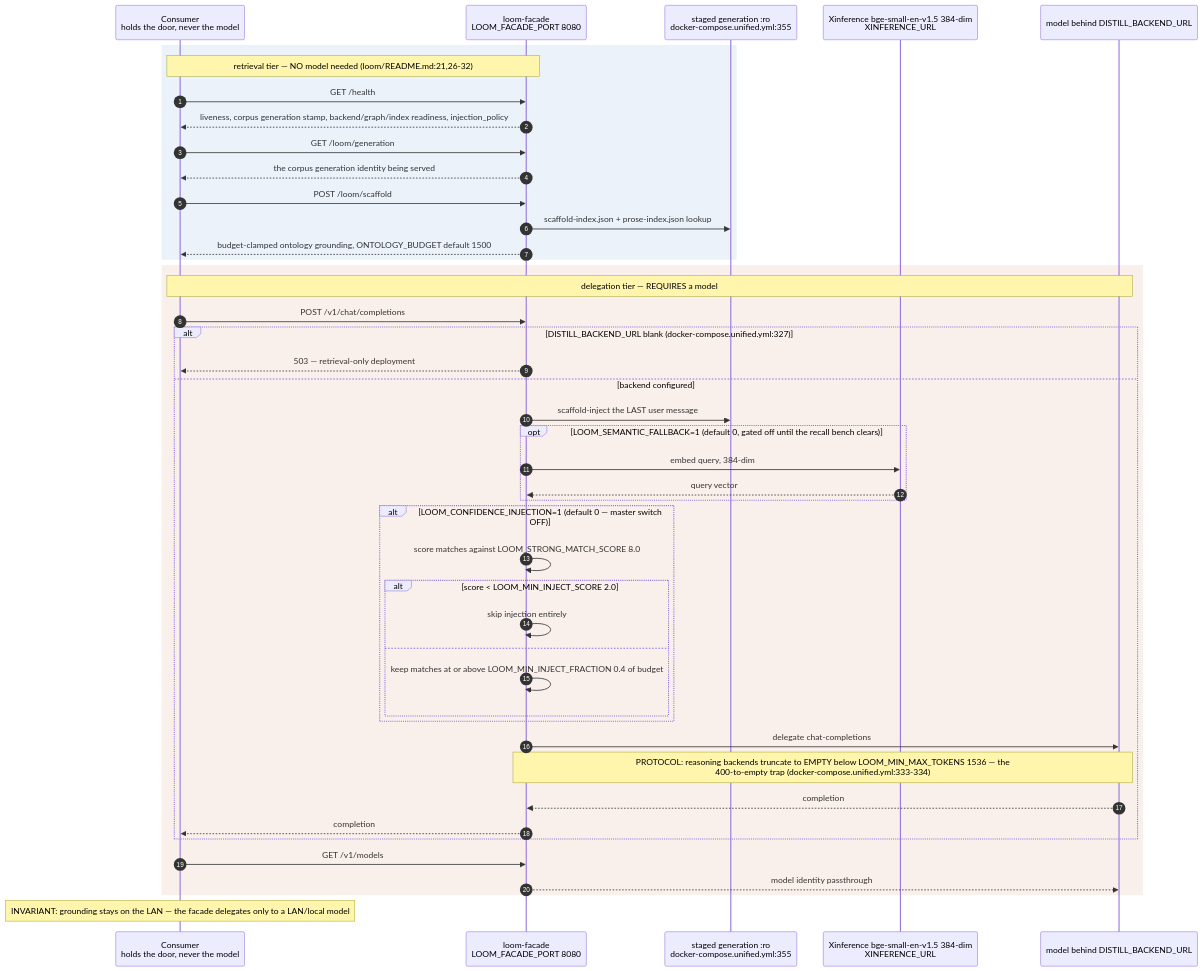
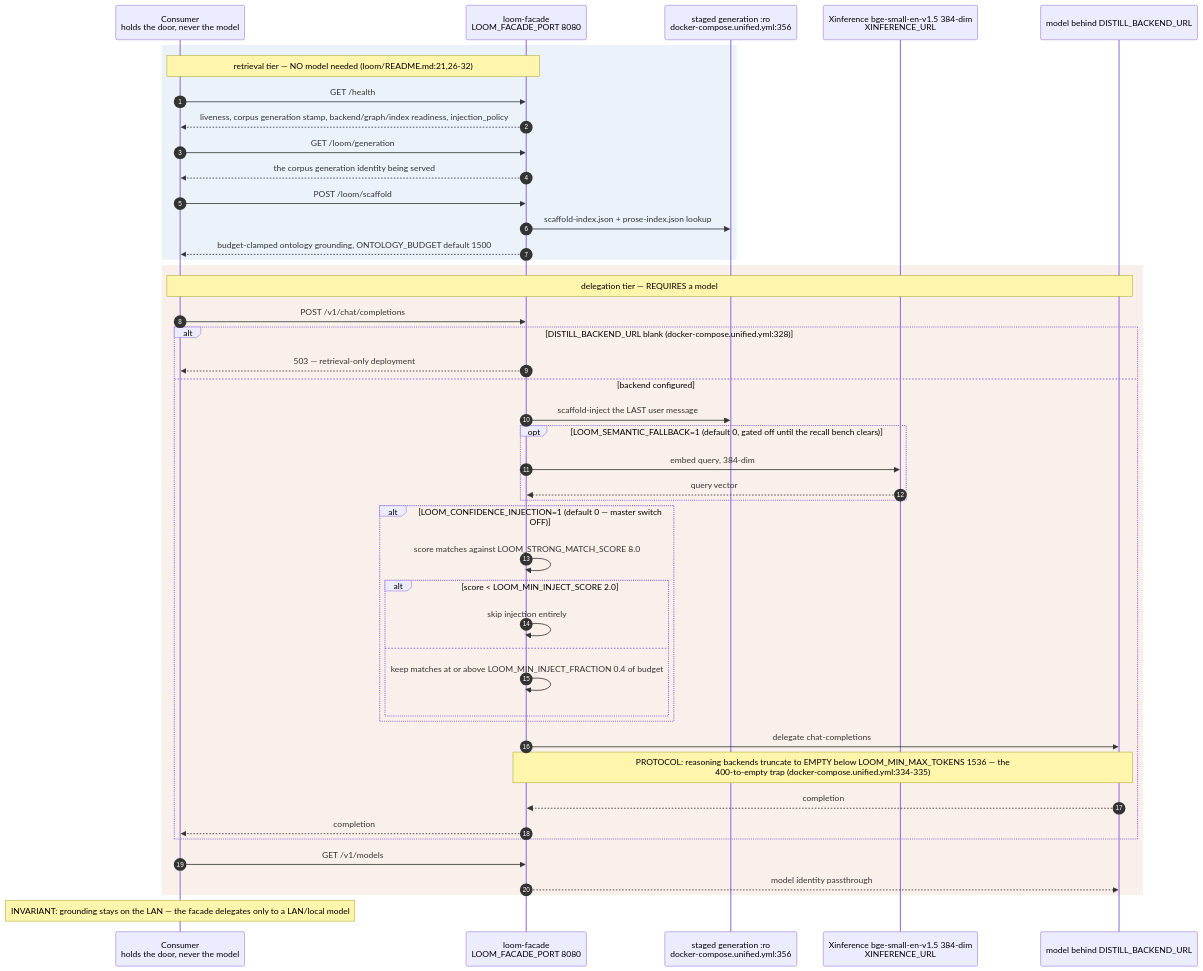
Before and after one commit to DreamLab-AI/VisionFlow: the fifth of 12 diagrams in docs/diagrams/agentbox/24-loom-facade.md, drawn with Mermaid. The commit also changed other lines of this file and 31 other files, not shown here.

````diff
--- a/docs/diagrams/agentbox/24-loom-facade.md
+++ b/docs/diagrams/agentbox/24-loom-facade.md
@@ -185,48 +185,48 @@
 ```mermaid
 sequenceDiagram
     autonumber
     participant C as Consumer<br/>holds the door, never the model
     participant FAC as loom-facade<br/>LOOM_FACADE_PORT 8080
-    participant IDX as staged generation :ro<br/>docker-compose.unified.yml:355
+    participant IDX as staged generation :ro<br/>docker-compose.unified.yml:356
     participant XI as Xinference bge-small-en-v1.5 384-dim<br/>XINFERENCE_URL
     participant M as model behind DISTILL_BACKEND_URL
 
     rect rgb(235,242,250)
         Note over C,FAC: retrieval tier — NO model needed (loom/README.md:21,26-32)
         C->>FAC: GET /health
         FAC-->>C: liveness, corpus generation stamp, backend/graph/index readiness, injection_policy
         C->>FAC: GET /loom/generation
         FAC-->>C: the corpus generation identity being served
         C->>FAC: POST /loom/scaffold
         FAC->>IDX: scaffold-index.json + prose-index.json lookup
         FAC-->>C: budget-clamped ontology grounding, ONTOLOGY_BUDGET default 1500
     end
     rect rgb(250,240,235)
         Note over C,M: delegation tier — REQUIRES a model
         C->>FAC: POST /v1/chat/completions
-        alt DISTILL_BACKEND_URL blank (docker-compose.unified.yml:327)
+        alt DISTILL_BACKEND_URL blank (docker-compose.unified.yml:328)
             FAC-->>C: 503 — retrieval-only deployment
         else backend configured
             FAC->>IDX: scaffold-inject the LAST user message
             opt LOOM_SEMANTIC_FALLBACK=1 (default 0, gated off until the recall bench clears)
                 FAC->>XI: embed query, 384-dim
                 XI-->>FAC: query vector
             end
             alt LOOM_CONFIDENCE_INJECTION=1 (default 0 — master switch OFF)
                 FAC->>FAC: score matches against LOOM_STRONG_MATCH_SCORE 8.0
                 alt score < LOOM_MIN_INJECT_SCORE 2.0
                     FAC->>FAC: skip injection entirely
                 else
                     FAC->>FAC: keep matches at or above LOOM_MIN_INJECT_FRACTION 0.4 of budget
                 end
             end
             FAC->>M: delegate chat-completions
-            Note over FAC,M: PROTOCOL: reasoning backends truncate to EMPTY below LOOM_MIN_MAX_TOKENS 1536 — the<br/>400-to-empty trap (docker-compose.unified.yml:333-334)
+            Note over FAC,M: PROTOCOL: reasoning backends truncate to EMPTY below LOOM_MIN_MAX_TOKENS 1536 — the<br/>400-to-empty trap (docker-compose.unified.yml:334-335)
             M-->>FAC: completion
             FAC-->>C: completion
         end
         C->>FAC: GET /v1/models
         FAC-->>M: model identity passthrough
     end
     Note over C: INVARIANT: grounding stays on the LAN — the facade delegates only to a LAN/local model
 ```
````
